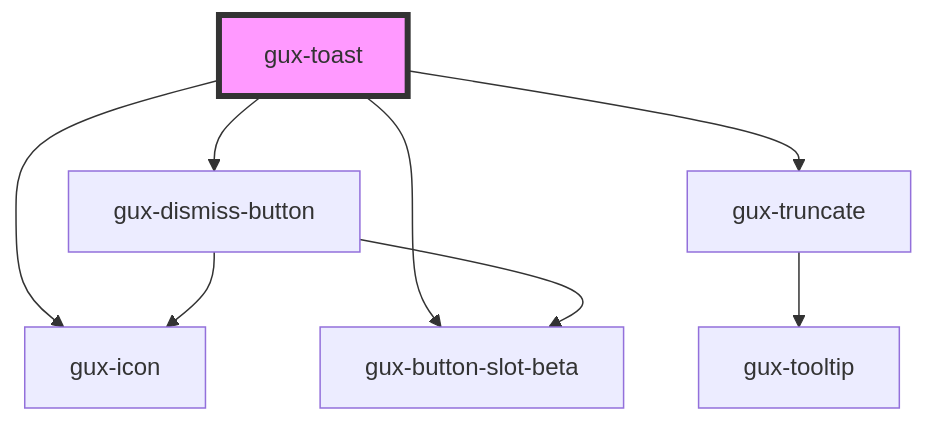
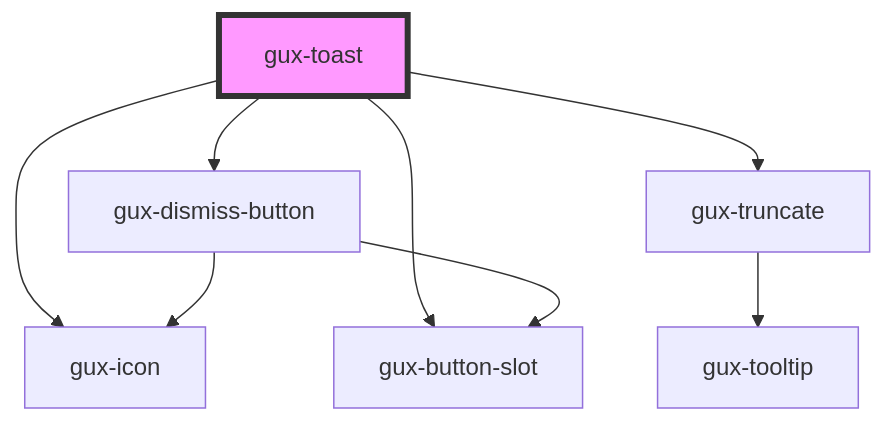
One commit to MyPureCloud/genesys-spark changed the diagram in packages/genesys-spark-components/src/components/stable/gux-toast/readme.md. Above: the diagram before and after it, drawn with Mermaid. The commit also changed other lines of this file and 73 other files, not shown here.

First line of the commit message:
refactor(gux-button-slot): move to stable

````diff
--- a/packages/genesys-spark-components/src/components/stable/gux-toast/readme.md
+++ b/packages/genesys-spark-components/src/components/stable/gux-toast/readme.md
@@ -44,11 +44,11 @@
 ```mermaid
 graph TD;
   gux-toast --> gux-icon
-  gux-toast --> gux-button-slot-beta
+  gux-toast --> gux-button-slot
   gux-toast --> gux-truncate
   gux-toast --> gux-dismiss-button
   gux-truncate --> gux-tooltip
-  gux-dismiss-button --> gux-button-slot-beta
+  gux-dismiss-button --> gux-button-slot
   gux-dismiss-button --> gux-icon
   style gux-toast fill:#f9f,stroke:#333,stroke-width:4px
 ```
````
